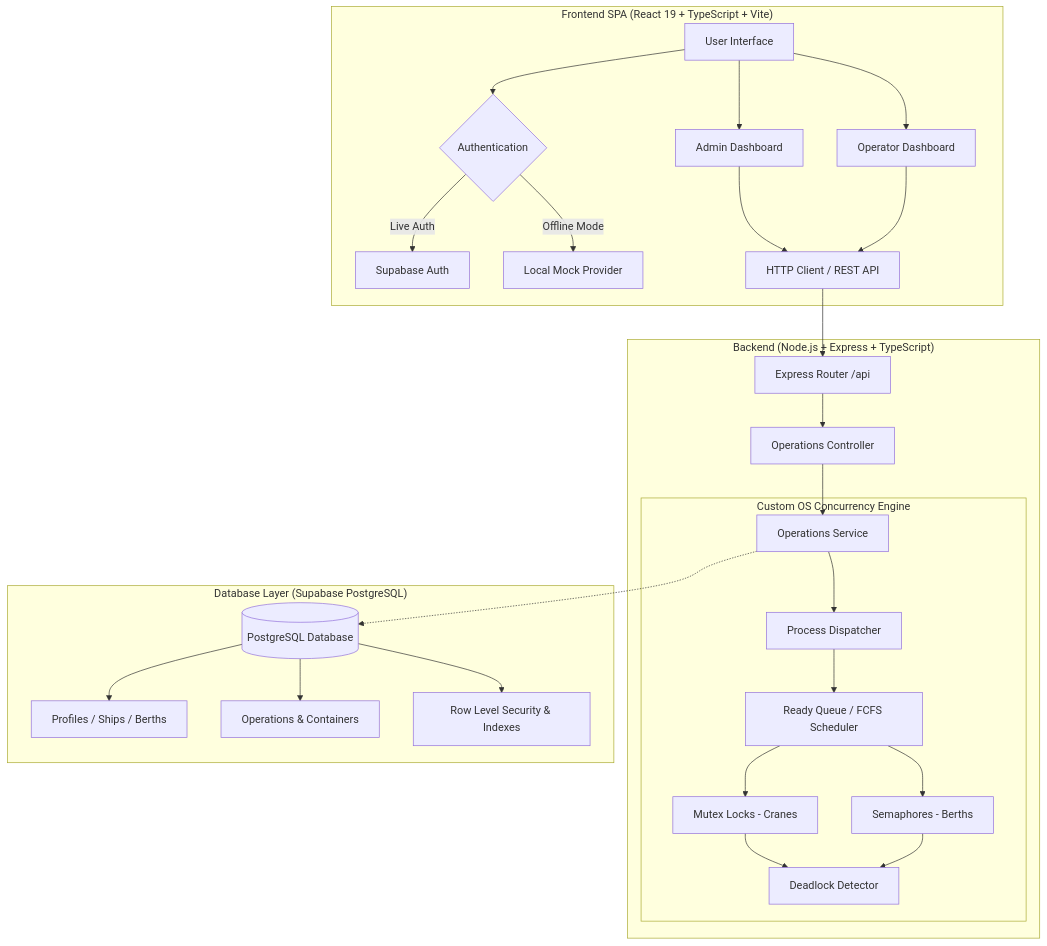
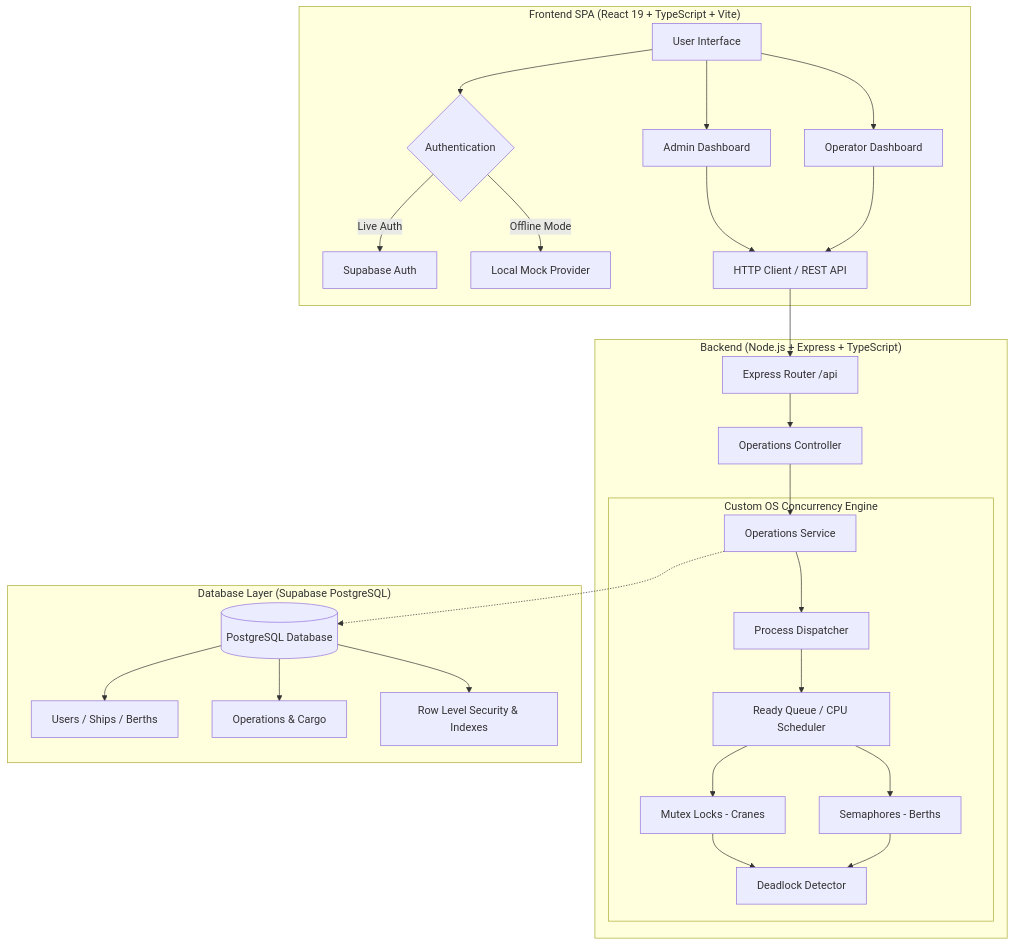
Before and after one commit to Sujalkathait/PortFlow: the diagram in README.md, drawn with Mermaid. The commit also changed other lines of this file and 64 other files, not shown here.

````diff
--- a/README.md
+++ b/README.md
@@ -47,32 +88,32 @@
 ```mermaid
 flowchart TD
     subgraph Client["Frontend SPA (React 19 + TypeScript + Vite)"]
         A[User Interface] --> B{Authentication}
         B -- Live Auth --> C[Supabase Auth]
         B -- Offline Mode --> D[Local Mock Provider]
         A --> E[Admin Dashboard]
         A --> F[Operator Dashboard]
         E & F --> G[HTTP Client / REST API]
     end
 
     subgraph Server["Backend (Node.js + Express + TypeScript)"]
         G --> H[Express Router /api]
         H --> I[Operations Controller]
         I --> J[Operations Service]
         
         subgraph OS_Kernel["Custom OS Concurrency Engine"]
             J --> K[Process Dispatcher]
-            K --> L[Ready Queue / FCFS Scheduler]
+            K --> L[Ready Queue / CPU Scheduler]
             L --> M[Mutex Locks - Cranes]
             L --> N[Semaphores - Berths]
             M & N --> O[Deadlock Detector]
         end
     end
 
     subgraph Storage["Database Layer (Supabase PostgreSQL)"]
         J -.-> P[(PostgreSQL Database)]
-        P --> Q[Profiles / Ships / Berths]
-        P --> R[Operations & Containers]
+        P --> Q[Users / Ships / Berths]
+        P --> R[Operations & Cargo]
         P --> S[Row Level Security & Indexes]
     end
 ```
````
